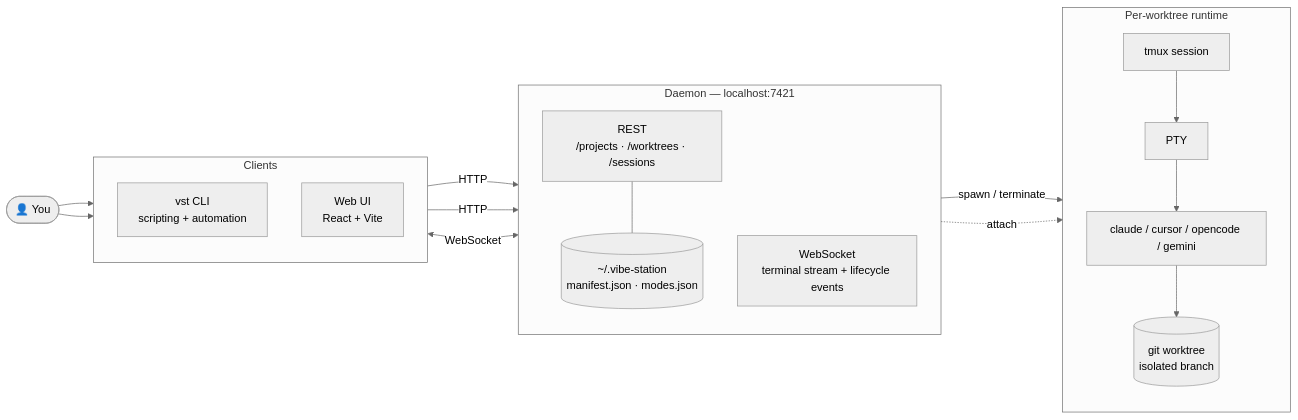
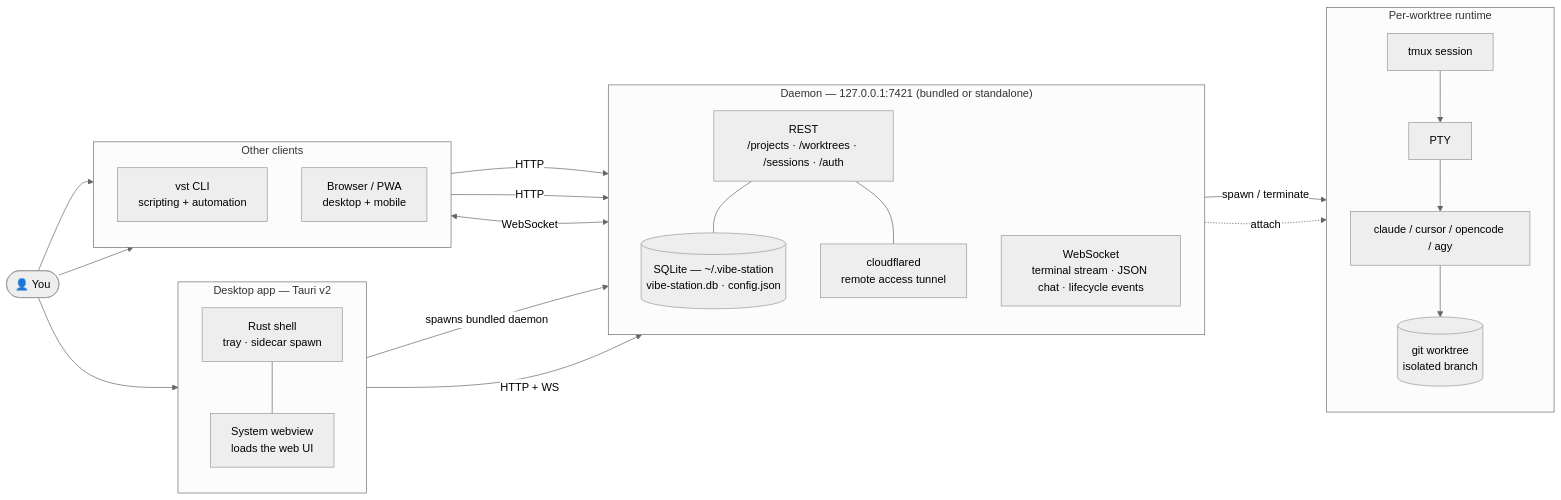
One commit to fastestdevalive/vibe-station changed the diagram in README.md. Above: the diagram before and after it, drawn with Mermaid (neutral theme). The commit also changed other lines of this file, not shown here.

Commit message:
docs: revamp README for desktop app era

````diff
--- a/README.md
+++ b/README.md
@@ -338,36 +386,48 @@
 ```mermaid
 flowchart LR
   user([👤 You])
 
-  subgraph clients [Clients]
+  subgraph desktop ["Desktop app — Tauri v2"]
+    direction TB
+    shell["Rust shell<br/>tray · sidecar spawn"]
+    webview["System webview<br/>loads the web UI"]
+  end
+
+  subgraph clients [Other clients]
     direction TB
     cli["vst CLI<br/>scripting + automation"]
-    webui["Web UI<br/>React + Vite"]
+    browser["Browser / PWA<br/>desktop + mobile"]
   end
 
-  subgraph daemon ["Daemon — localhost:7421"]
+  subgraph daemonbox ["Daemon — 127.0.0.1:7421 (bundled or standalone)"]
     direction TB
-    rest["REST<br/>/projects · /worktrees · /sessions"]
-    ws["WebSocket<br/>terminal stream + lifecycle events"]
-    state[("~/.vibe-station<br/>manifest.json · modes.json")]
+    rest["REST<br/>/projects · /worktrees · /sessions · /auth"]
+    ws["WebSocket<br/>terminal stream · JSON chat · lifecycle events"]
+    state[("SQLite — ~/.vibe-station<br/>vibe-station.db · config.json")]
+    tunnel["cloudflared<br/>remote access tunnel"]
   end
 
   subgraph runtime ["Per-worktree runtime"]
     direction TB
     tmux["tmux session"]
     pty["PTY"]
-    agent["claude / cursor / opencode / gemini"]
+    agent["claude / cursor / opencode / agy"]
     repo[("git worktree<br/>isolated branch")]
   end
 
+  user --> desktop
   user --> cli
-  user --> webui
+  user --> browser
+  shell -->|spawns bundled daemon| rest
+  shell --- webview
+  webview -->|HTTP + WS| rest
   cli -->|HTTP| rest
-  webui -->|HTTP| rest
-  webui <-->|WebSocket| ws
+  browser -->|HTTP| rest
+  browser <-->|WebSocket| ws
   rest --- state
+  rest --- tunnel
   rest -->|spawn / terminate| tmux
   ws -.->|attach| tmux
   tmux --> pty --> agent
   agent --> repo
 ```
````
